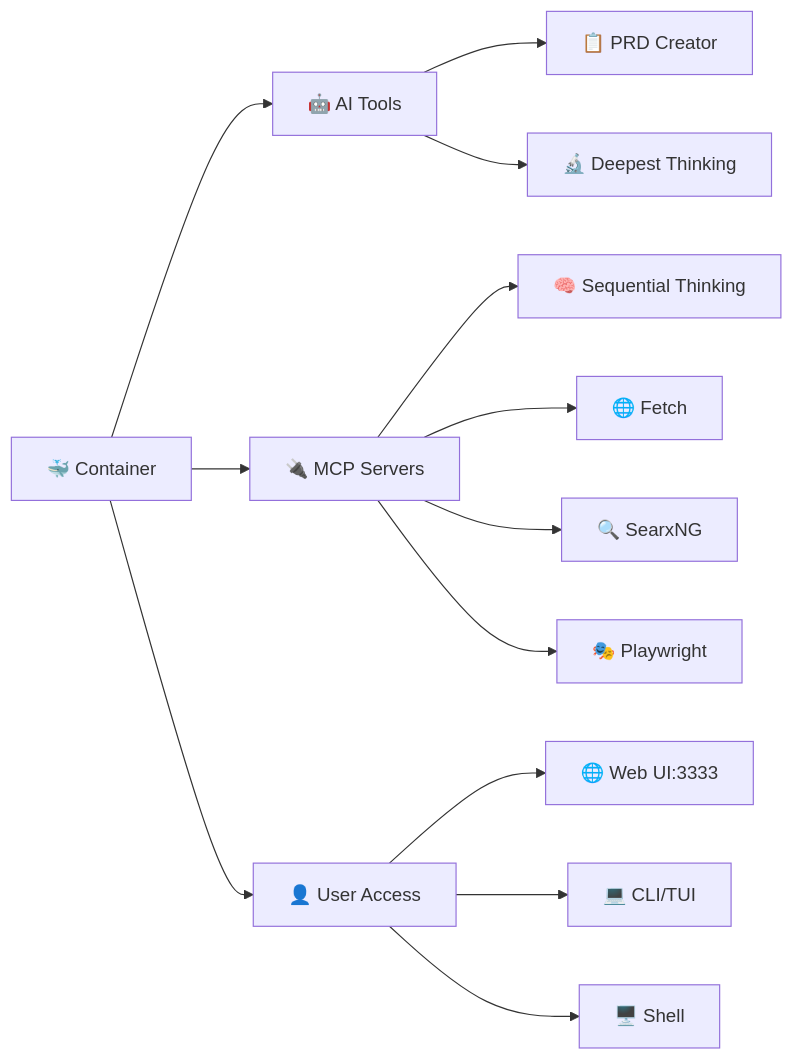
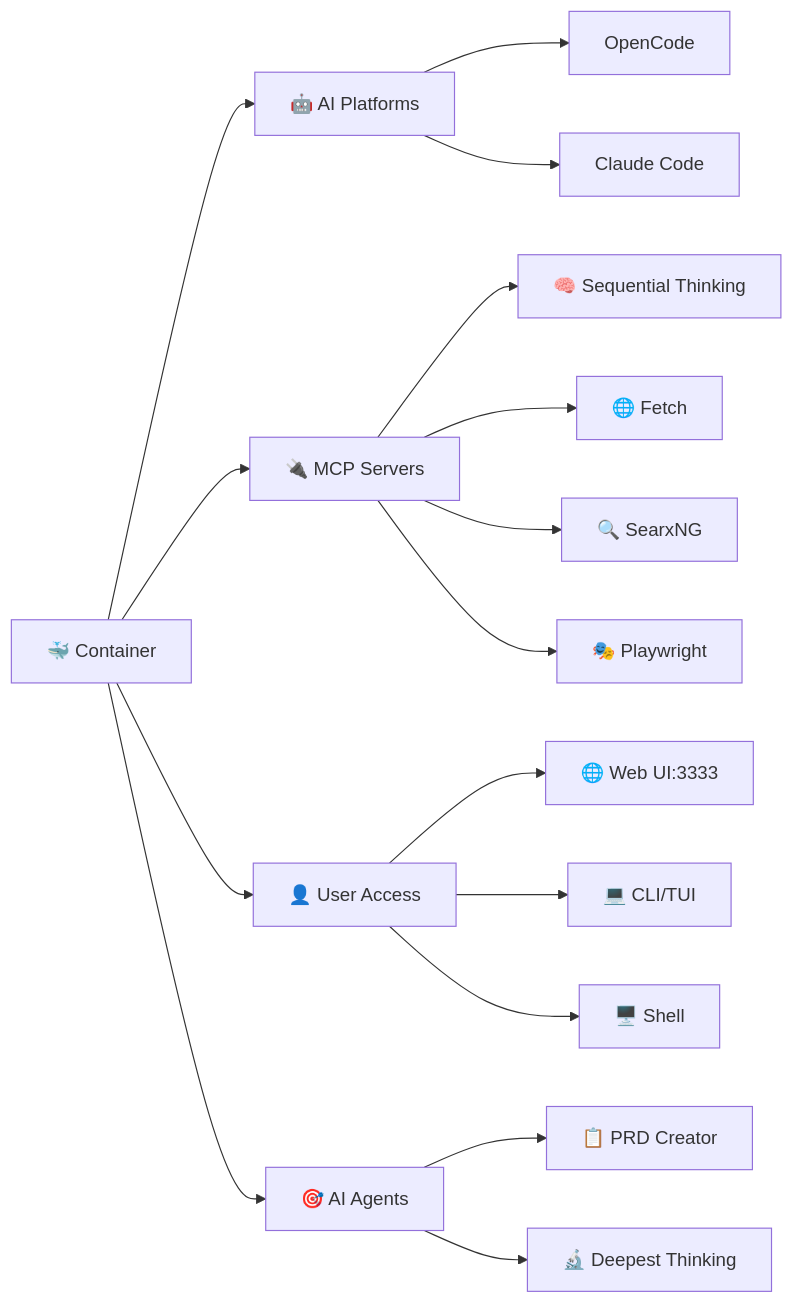
Before and after one commit to SamAcctX/jeeves: the diagram in README.md, drawn with Mermaid. The commit also changed other lines of this file and 5 other files, not shown here.

````diff
--- a/README.md
+++ b/README.md
@@ -74,18 +74,22 @@
 ```mermaid
 graph LR
-    A[🐳 Container] --> B[🤖 AI Tools]
+    A[🐳 Container] --> B[🤖 AI Platforms]
     A --> C[🔌 MCP Servers]
     A --> D[👤 User Access]
+    A --> E[🎯 AI Agents]
     
-    B --> B1[📋 PRD Creator]
-    B --> B2[🔬 Deepest Thinking]
+    B --> B1[OpenCode]
+    B --> B2[Claude Code]
+    
+    E --> E1[📋 PRD Creator]
+    E --> E2[🔬 Deepest Thinking]
     
     C --> C1[🧠 Sequential Thinking]
     C --> C2[🌐 Fetch]
     C --> C3[🔍 SearxNG]
     C --> C4[🎭 Playwright]
     
     D --> D1[🌐 Web UI:3333]
     D --> D2[💻 CLI/TUI]
     D --> D3[🖥️ Shell]
 ```
````
